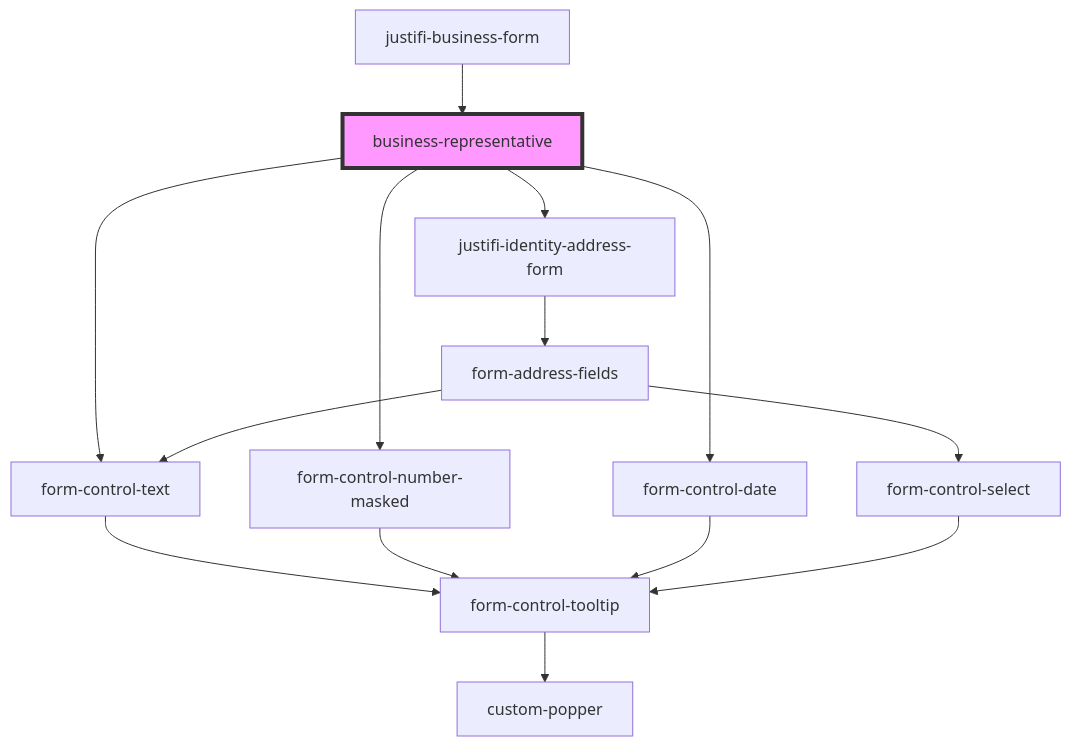
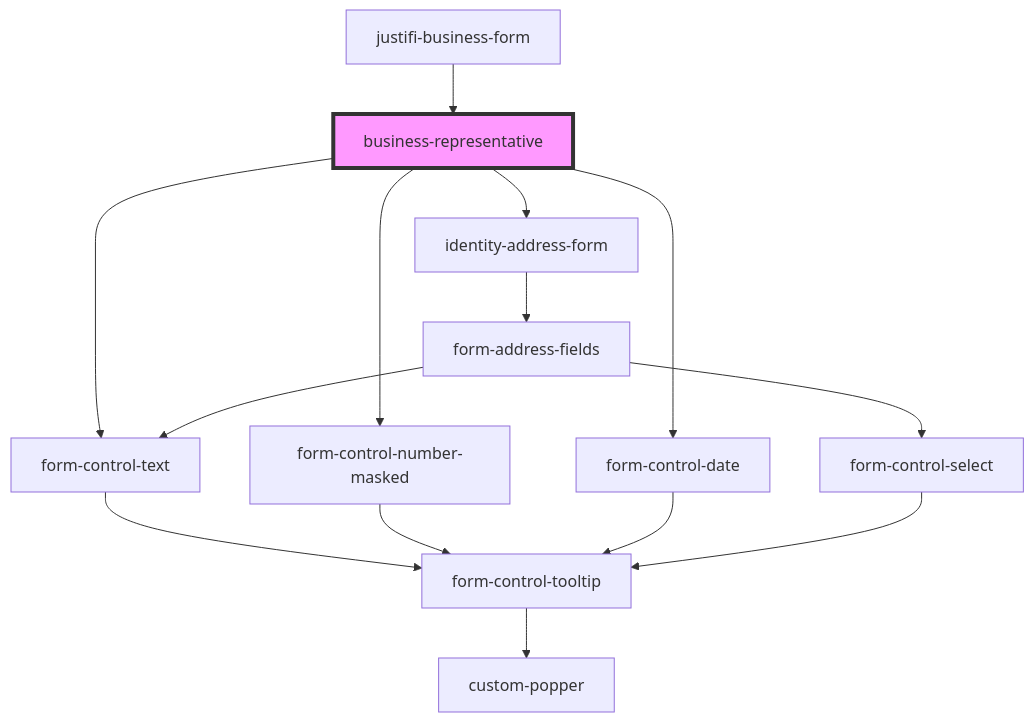
The diagram in packages/webcomponents/src/components/business-forms/business-form/business-representative/README.md (justifi-tech/web-component-library), drawn with Mermaid before and after one commit. The commit also changed other lines of this file and 15 other files, not shown here.

````diff
--- a/packages/webcomponents/src/components/business-forms/business-form/business-representative/README.md
+++ b/packages/webcomponents/src/components/business-forms/business-form/business-representative/README.md
@@ -30,17 +30,17 @@
 ```mermaid
 graph TD;
   business-representative --> form-control-text
   business-representative --> form-control-number-masked
   business-representative --> form-control-date
-  business-representative --> justifi-identity-address-form
+  business-representative --> identity-address-form
   form-control-text --> form-control-tooltip
   form-control-tooltip --> custom-popper
   form-control-number-masked --> form-control-tooltip
   form-control-date --> form-control-tooltip
-  justifi-identity-address-form --> form-address-fields
+  identity-address-form --> form-address-fields
   form-address-fields --> form-control-text
   form-address-fields --> form-control-select
   form-control-select --> form-control-tooltip
   justifi-business-form --> business-representative
   style business-representative fill:#f9f,stroke:#333,stroke-width:4px
 ```
````
